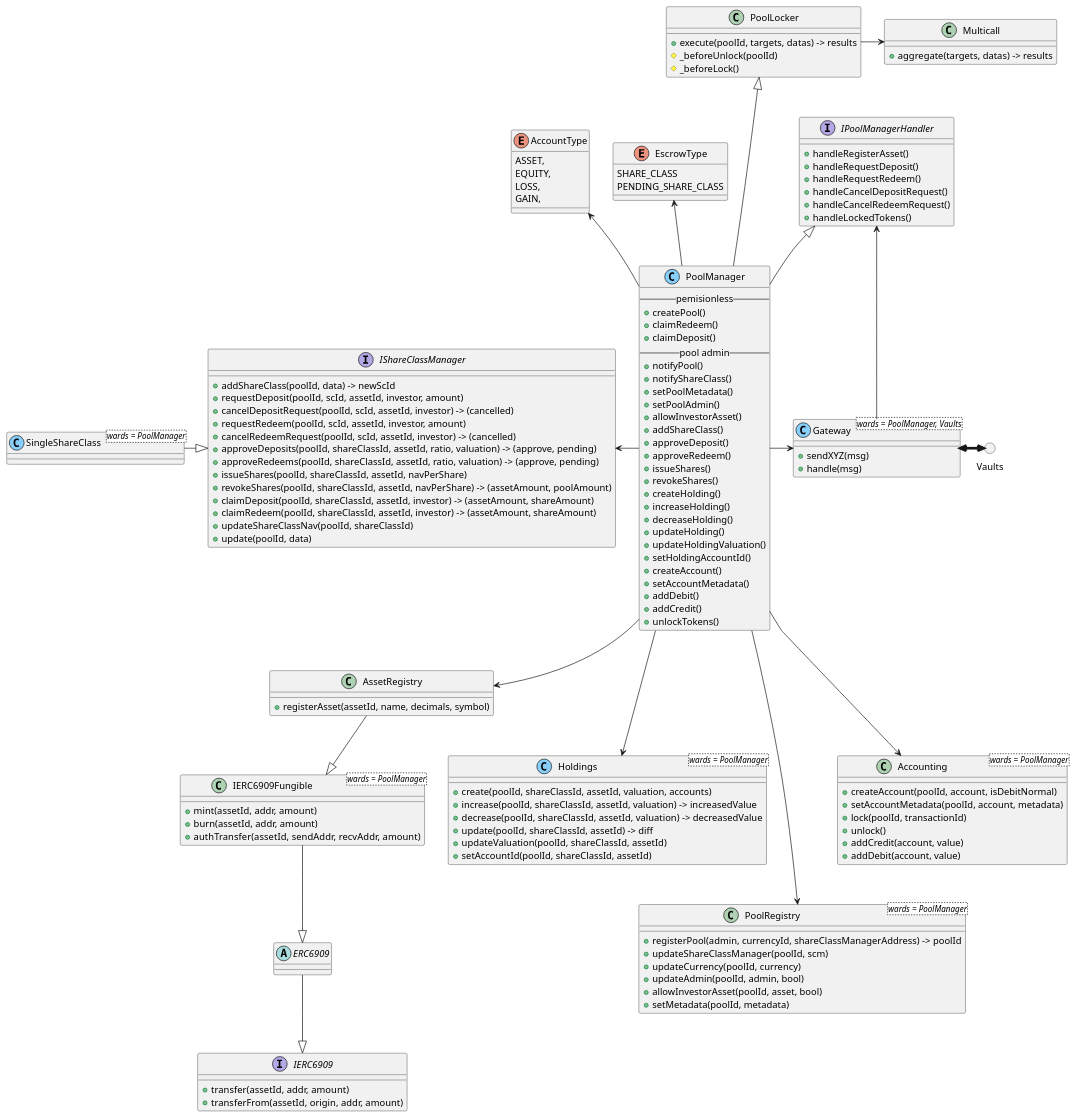
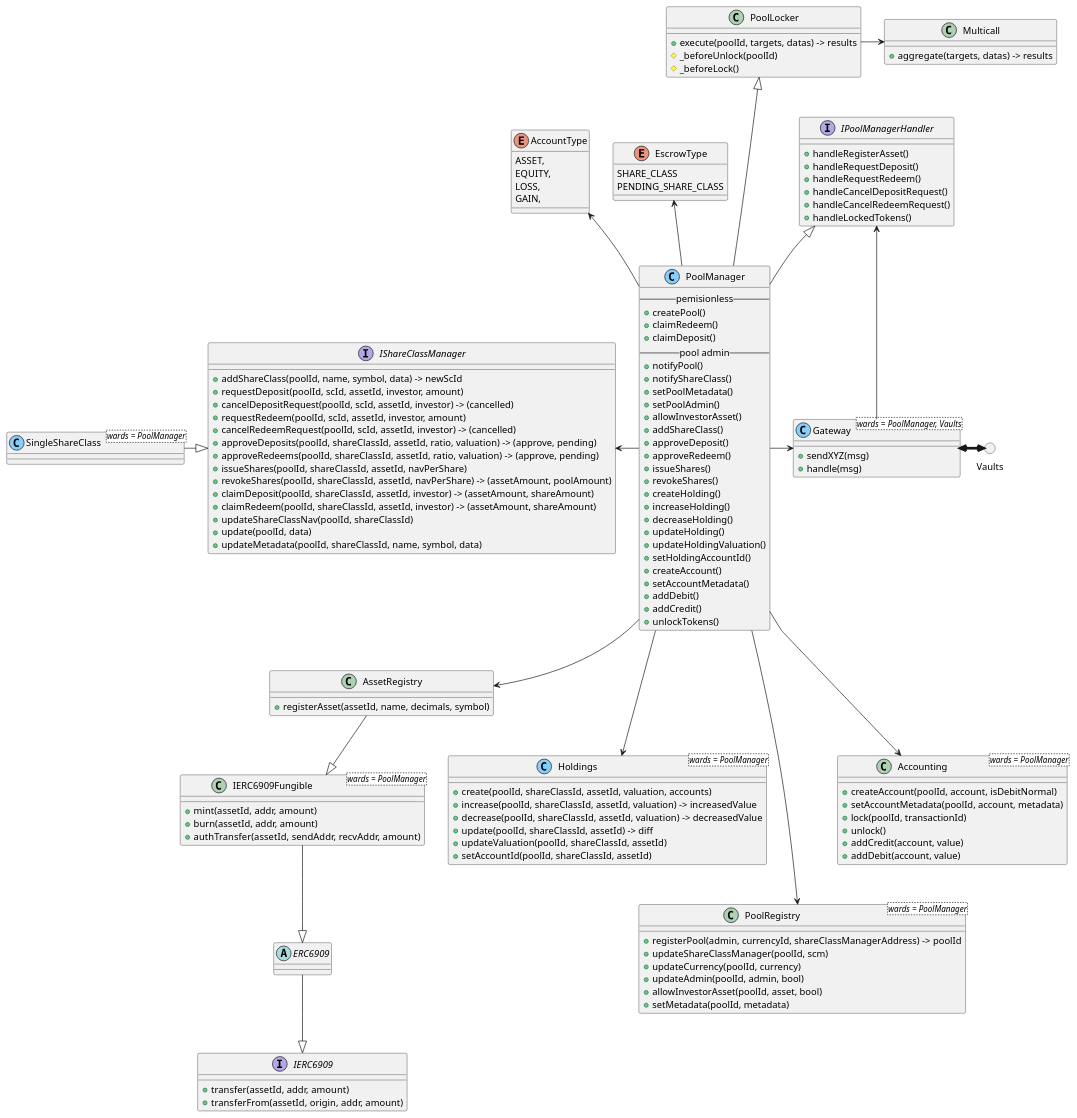
The diagram in docs/pools/architecture.puml (centrifuge/protocol), drawn with PlantUML before and after one commit.

Commit message:
chore: update architecture

```diff
--- a/docs/pools/architecture.puml
+++ b/docs/pools/architecture.puml
@@ -1,154 +1,155 @@
 @startuml
 circle Vaults
 
 interface IERC6909 {
     + transfer(assetId, addr, amount)
     + transferFrom(assetId, origin, addr, amount)
 }
 
 abstract ERC6909 { }
 
 ERC6909 --|> IERC6909
 
 class IERC6909Fungible<wards = PoolManager> {
     + mint(assetId, addr, amount)
     + burn(assetId, addr, amount)
     + authTransfer(assetId, sendAddr, recvAddr, amount)
 }
 
 IERC6909Fungible --|> ERC6909
 
 class AssetRegistry {
     + registerAsset(assetId, name, decimals, symbol)
 }
 
 AssetRegistry --|> IERC6909Fungible
 
 class Holdings<wards = PoolManager> <<(C, lightskyblue)>> {
     + create(poolId, shareClassId, assetId, valuation, accounts)
     + increase(poolId, shareClassId, assetId, valuation) -> increasedValue
     + decrease(poolId, shareClassId, assetId, valuation) -> decreasedValue
     + update(poolId, shareClassId, assetId) -> diff
     + updateValuation(poolId, shareClassId, assetId)
     + setAccountId(poolId, shareClassId, assetId)
 }
 
 class PoolRegistry<wards = PoolManager> {
     + registerPool(admin, currencyId, shareClassManagerAddress) -> poolId
     + updateShareClassManager(poolId, scm)
     + updateCurrency(poolId, currency)
     + updateAdmin(poolId, admin, bool)
     + allowInvestorAsset(poolId, asset, bool)
     + setMetadata(poolId, metadata)
 }
 
 interface IShareClassManager {
-    + addShareClass(poolId, data) -> newScId
+    + addShareClass(poolId, name, symbol, data) -> newScId
     + requestDeposit(poolId, scId, assetId, investor, amount)
     + cancelDepositRequest(poolId, scId, assetId, investor) -> (cancelled)
     + requestRedeem(poolId, scId, assetId, investor, amount)
     + cancelRedeemRequest(poolId, scId, assetId, investor) -> (cancelled)
     + approveDeposits(poolId, shareClassId, assetId, ratio, valuation) -> (approve, pending)
     + approveRedeems(poolId, shareClassId, assetId, ratio, valuation) -> (approve, pending)
     + issueShares(poolId, shareClassId, assetId, navPerShare)
     + revokeShares(poolId, shareClassId, assetId, navPerShare) -> (assetAmount, poolAmount)
     + claimDeposit(poolId, shareClassId, assetId, investor) -> (assetAmount, shareAmount)
     + claimRedeem(poolId, shareClassId, assetId, investor) -> (assetAmount, shareAmount)
     + updateShareClassNav(poolId, shareClassId)
     + update(poolId, data)
+    + updateMetadata(poolId, shareClassId, name, symbol, data)
 }
 
 class SingleShareClass<wards = PoolManager> <<(C, lightskyblue)>>{ }
 SingleShareClass -down|> IShareClassManager
 
 class Accounting<wards = PoolManager> {
     + createAccount(poolId, account, isDebitNormal)
     + setAccountMetadata(poolId, account, metadata)
     + lock(poolId, transactionId)
     + unlock()
     + addCredit(account, value)
     + addDebit(account, value)
 }
 
 class Multicall {
     + aggregate(targets, datas) -> results
 }
 
 class PoolLocker {
     + execute(poolId, targets, datas) -> results
     # _beforeUnlock(poolId)
     # _beforeLock()
 }
 
 PoolLocker -right-> Multicall
 
 enum EscrowType {
     SHARE_CLASS
     PENDING_SHARE_CLASS
 }
 
 enum AccountType {
     ASSET,
     EQUITY,
     LOSS,
     GAIN,
 }
 
 interface IPoolManagerHandler {
     + handleRegisterAsset()
     + handleRequestDeposit()
     + handleRequestRedeem()
     + handleCancelDepositRequest()
     + handleCancelRedeemRequest()
     + handleLockedTokens()
 }
 
 class PoolManager <<(C, lightskyblue)>> {
     -- pemisionless --
     + createPool()
     + claimRedeem()
     + claimDeposit()
     -- pool admin --
     + notifyPool()
     + notifyShareClass()
     + setPoolMetadata()
     + setPoolAdmin()
     + allowInvestorAsset()
     + addShareClass()
     + approveDeposit()
     + approveRedeem()
     + issueShares()
     + revokeShares()
     + createHolding()
     + increaseHolding()
     + decreaseHolding()
     + updateHolding()
     + updateHoldingValuation()
     + setHoldingAccountId()
     + createAccount()
     + setAccountMetadata()
     + addDebit()
     + addCredit()
     + unlockTokens()
 }
 
 PoolManager -up-|> IPoolManagerHandler
 PoolManager -up--|> PoolLocker
 PoolManager -up-> EscrowType
 PoolManager -up-> AccountType
 PoolManager -down---> PoolRegistry
 PoolManager -left-> IShareClassManager
 PoolManager -down--> Accounting
 PoolManager -down-> AssetRegistry
 PoolManager -down--> Holdings
 PoolManager -right-> Gateway
 
 class Gateway<wards = PoolManager, Vaults> <<(C, lightskyblue)>> {
     + sendXYZ(msg)
     + handle(msg)
 }
 
 Gateway <-[thickness=4]right-> Vaults
 Gateway -up-> IPoolManagerHandler
 
 @enduml
```
